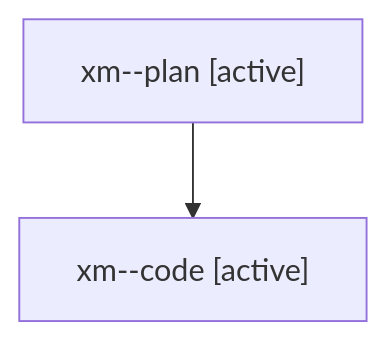
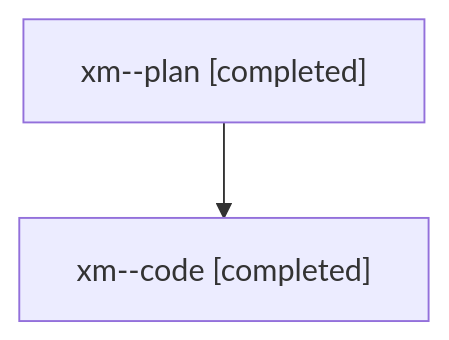
The diagram in families/bbugyi200.athena.xm.md (sase-org/sase--agents), drawn with Mermaid before and after one commit. The commit also changed other lines of this file and 2170 other files, not shown here.

````diff
--- a/families/bbugyi200.athena.xm.md
+++ b/families/bbugyi200.athena.xm.md
@@ -9,6 +9,6 @@
 ```mermaid
 flowchart TD
-  n0["xm--plan [active]"]
-  n1["xm--code [active]"]
+  n0["xm--plan [completed]"]
+  n1["xm--code [completed]"]
   n0 --> n1
 ```
````
